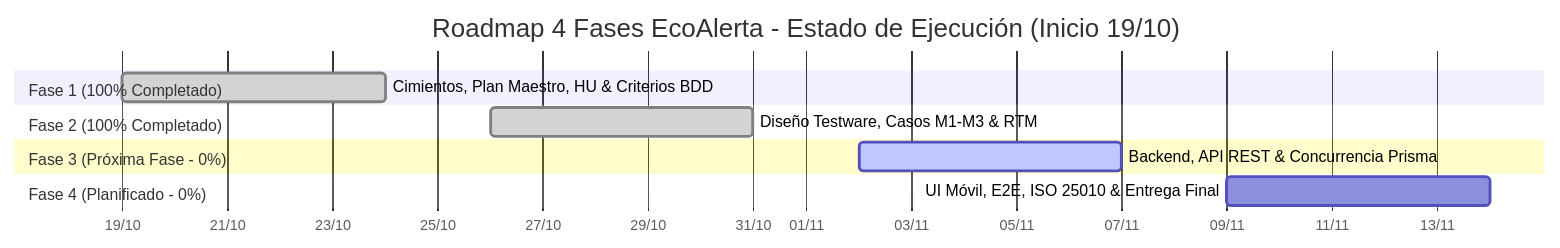
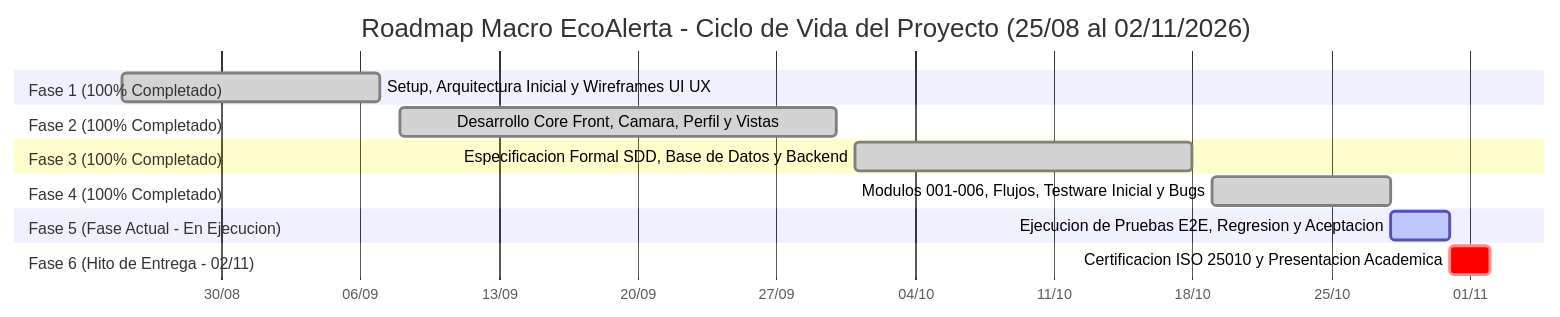
The first of 2 diagrams in docs/testing/06_CRONOGRAMA_GANTT_EDT_CPM.md (Panconmatecocido/EcoAlerta), drawn with Mermaid before and after one commit. The commit also changed other lines of this file and 9 other files, not shown here.

Commit message:
docs(testing): integrate 5 team members, timeline from 2026-08-25 to 2026-11-02, multi-day tasks and updated Excel testware

````diff
--- a/docs/testing/06_CRONOGRAMA_GANTT_EDT_CPM.md
+++ b/docs/testing/06_CRONOGRAMA_GANTT_EDT_CPM.md
@@ -16,14 +23,18 @@
 ```mermaid
 gantt
-    title Roadmap 4 Fases EcoAlerta - Estado de Ejecución (Inicio 19/10)
+    title Roadmap Macro EcoAlerta - Ciclo de Vida del Proyecto (25/08 al 02/11/2026)
     dateFormat  YYYY-MM-DD
     axisFormat  %d/%m
     section Fase 1 (100% Completado)
-    Cimientos, Plan Maestro, HU & Criterios BDD :done, f1, 2026-10-19, 5d
+    Setup, Arquitectura Inicial y Wireframes UI UX :done, f1, 2026-08-25, 2026-09-07
     section Fase 2 (100% Completado)
-    Diseño Testware, Casos M1-M3 & RTM :done, f2, 2026-10-26, 5d
-    section Fase 3 (Próxima Fase - 0%)
-    Backend, API REST & Concurrencia Prisma :active, f3, 2026-11-02, 5d
-    section Fase 4 (Planificado - 0%)
-    UI Móvil, E2E, ISO 25010 & Entrega Final :f4, 2026-11-09, 5d
+    Desarrollo Core Front, Camara, Perfil y Vistas :done, f2, 2026-09-08, 2026-09-30
+    section Fase 3 (100% Completado)
+    Especificacion Formal SDD, Base de Datos y Backend :done, f3, 2026-10-01, 2026-10-18
+    section Fase 4 (100% Completado)
+    Modulos 001-006, Flujos, Testware Inicial y Bugs :done, f4, 2026-10-19, 2026-10-28
+    section Fase 5 (Fase Actual - En Ejecucion)
+    Ejecucion de Pruebas E2E, Regresion y Aceptacion :active, f5, 2026-10-28, 2026-10-31
+    section Fase 6 (Hito de Entrega - 02/11)
+    Certificacion ISO 25010 y Presentacion Academica :crit, f6, 2026-10-31, 2026-11-02
 ```
````
